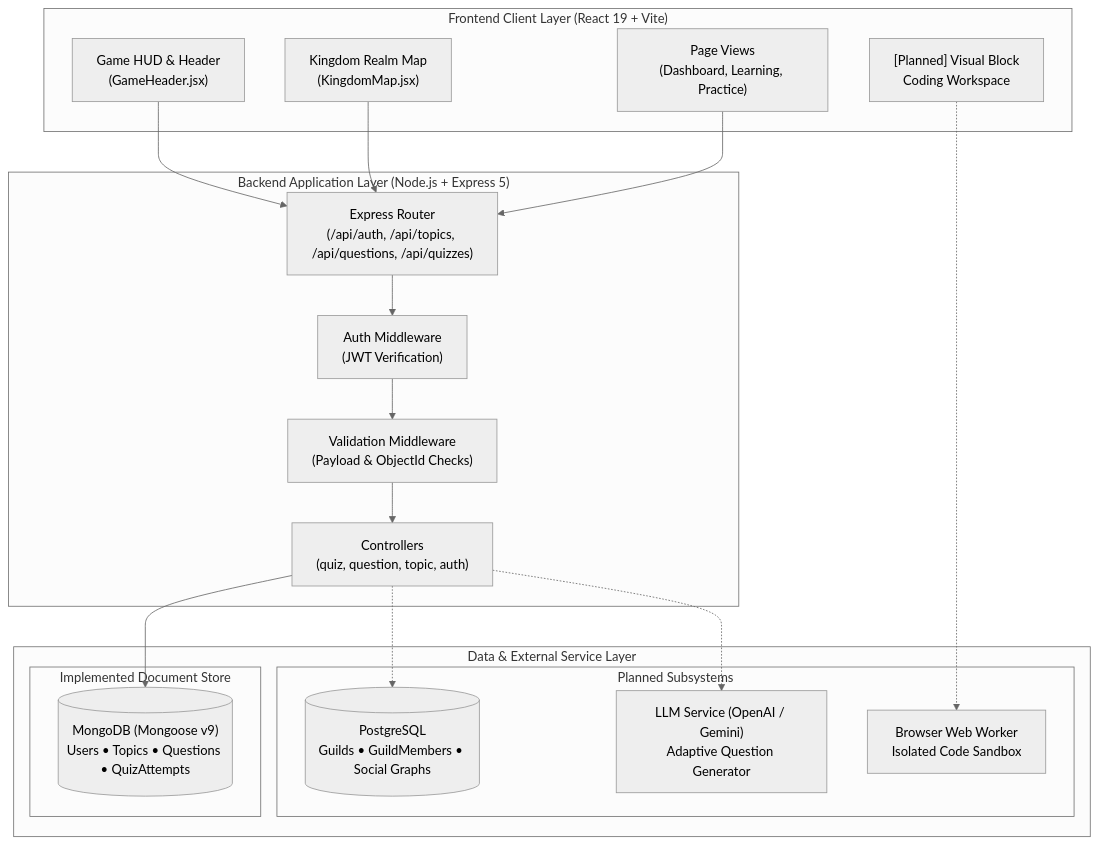
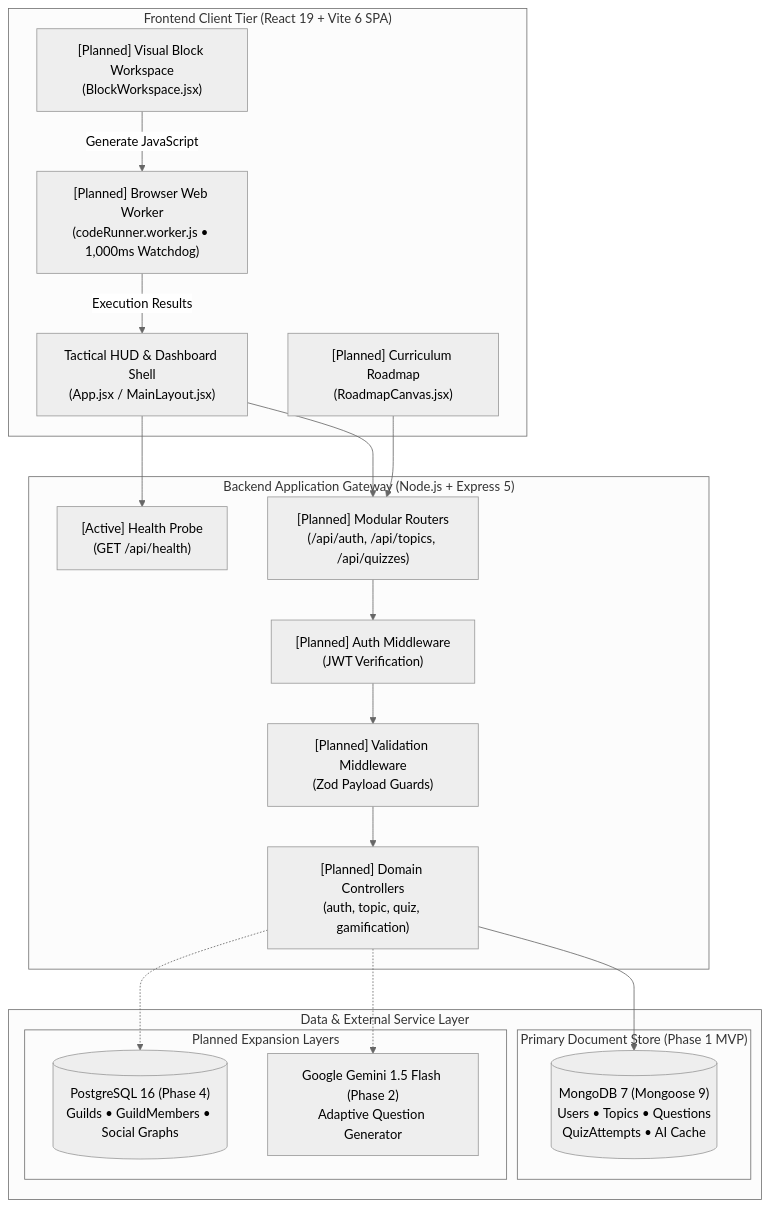
The fourth of 9 diagrams in README.md (tanushreesrivastavs125-code/CodeVerse), drawn with Mermaid (neutral theme) before and after one commit. The commit also changed other lines of this file and 3 other files, not shown here.

Commit message:
docs(architecture): normalize product architecture and phases

````diff
--- a/README.md
+++ b/README.md
@@ -288,37 +289,51 @@
 ```mermaid
 flowchart TD
-    subgraph ClientLayer ["Frontend Client Layer (React 19 + Vite)"]
-        UI["Game HUD & Header\n(GameHeader.jsx)"]
-        Map["Kingdom Realm Map\n(KingdomMap.jsx)"]
-        Pages["Page Views\n(Dashboard, Learning, Practice)"]
-        BlocklyEngine["[Planned] Visual Block\nCoding Workspace"]
+    subgraph ClientLayer ["Frontend Client Tier (React 19 + Vite 6 SPA)"]
+        UI["Tactical HUD & Dashboard Shell
+(App.jsx / MainLayout.jsx)"]
+        Map["[Planned] Curriculum Roadmap
+(RoadmapCanvas.jsx)"]
+        BlocklyEngine["[Planned] Visual Block Workspace
+(BlockWorkspace.jsx)"]
+        Worker["[Planned] Browser Web Worker
+(codeRunner.worker.js • 1,000ms Watchdog)"]
     end
 
-    subgraph APILayer ["Backend Application Layer (Node.js + Express 5)"]
-        Router["Express Router\n(/api/auth, /api/topics, /api/questions, /api/quizzes)"]
-        AuthMid["Auth Middleware\n(JWT Verification)"]
-        ValMid["Validation Middleware\n(Payload & ObjectId Checks)"]
-        Controllers["Controllers\n(quiz, question, topic, auth)"]
+    subgraph APILayer ["Backend Application Gateway (Node.js + Express 5)"]
+        Health["[Active] Health Probe
+(GET /api/health)"]
+        Router["[Planned] Modular Routers
+(/api/auth, /api/topics, /api/quizzes)"]
+        AuthMid["[Planned] Auth Middleware
+(JWT Verification)"]
+        ValMid["[Planned] Validation Middleware
+(Zod Payload Guards)"]
+        Controllers["[Planned] Domain Controllers
+(auth, topic, quiz, gamification)"]
     end
 
     subgraph DataLayer ["Data & External Service Layer"]
-        subgraph ImplementedDB ["Implemented Document Store"]
-            Mongo[("MongoDB (Mongoose v9)\nUsers • Topics • Questions • QuizAttempts")]
+        subgraph PrimaryDB ["Primary Document Store (Phase 1 MVP)"]
+            Mongo[("MongoDB 7 (Mongoose 9)
+Users • Topics • Questions
+QuizAttempts • AI Cache")]
         end
-        subgraph PlannedServices ["Planned Subsystems"]
-            Postgres[("PostgreSQL\nGuilds • GuildMembers • Social Graphs")]
-            AI["LLM Service (OpenAI / Gemini)\nAdaptive Question Generator"]
-            Worker["Browser Web Worker\nIsolated Code Sandbox"]
+        subgraph FuturePersistence ["Planned Expansion Layers"]
+            Postgres[("PostgreSQL 16 (Phase 4)
+Guilds • GuildMembers • Social Graphs")]
+            AI["Google Gemini 1.5 Flash (Phase 2)
+Adaptive Question Generator"]
         end
     end
 
+    UI --> Health
     UI --> Router
     Map --> Router
-    Pages --> Router
-    BlocklyEngine -.-> Worker
+    BlocklyEngine -->|Generate JavaScript| Worker
+    Worker -->|Execution Results| UI
 
     Router --> AuthMid --> ValMid --> Controllers
     Controllers --> Mongo
     Controllers -.-> Postgres
     Controllers -.-> AI
 ```
````
